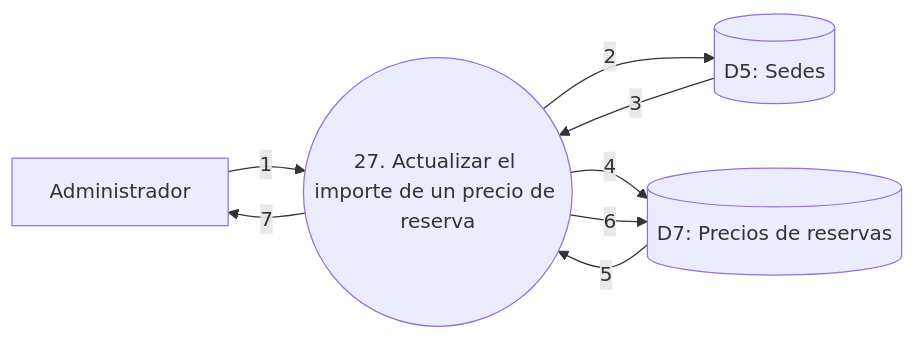
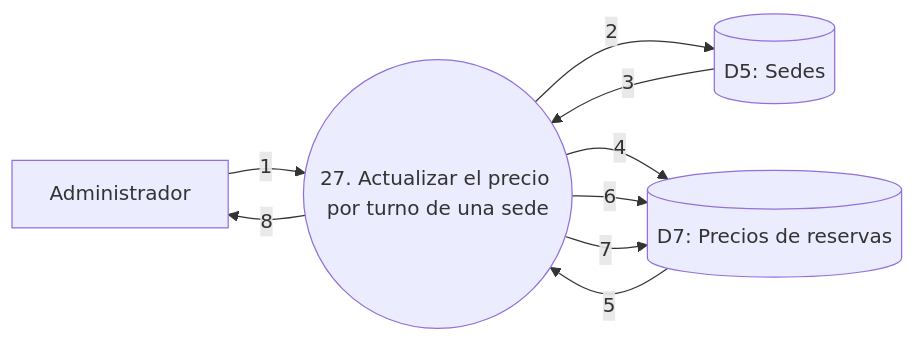
Diagram 27 of 27 in docs/DFD.md (fasempertegui/Matchpoint-Taller), drawn with Mermaid before and after one commit. The commit also changed other lines of this file and 16 other files, not shown here.

Commit message:
Ahora el precio de reservas aplica a un turno de una hora

````diff
--- a/docs/DFD.md
+++ b/docs/DFD.md
@@ -732,15 +732,16 @@
 ```mermaid
 flowchart LR
     A[Administrador]
-    P((27. Actualizar el importe de un precio de reserva))
+    P((27. Actualizar el precio por turno de una sede))
     D5[(D5: Sedes)]
     D7[(D7: Precios de reservas)]
 
     A -->|1| P
     P -->|2| D5
     D5 -->|3| P
     P -->|4| D7
     D7 -->|5| P
     P -->|6| D7
-    P -->|7| A
+    P -->|7| D7
+    P -->|8| A
 ```
````
